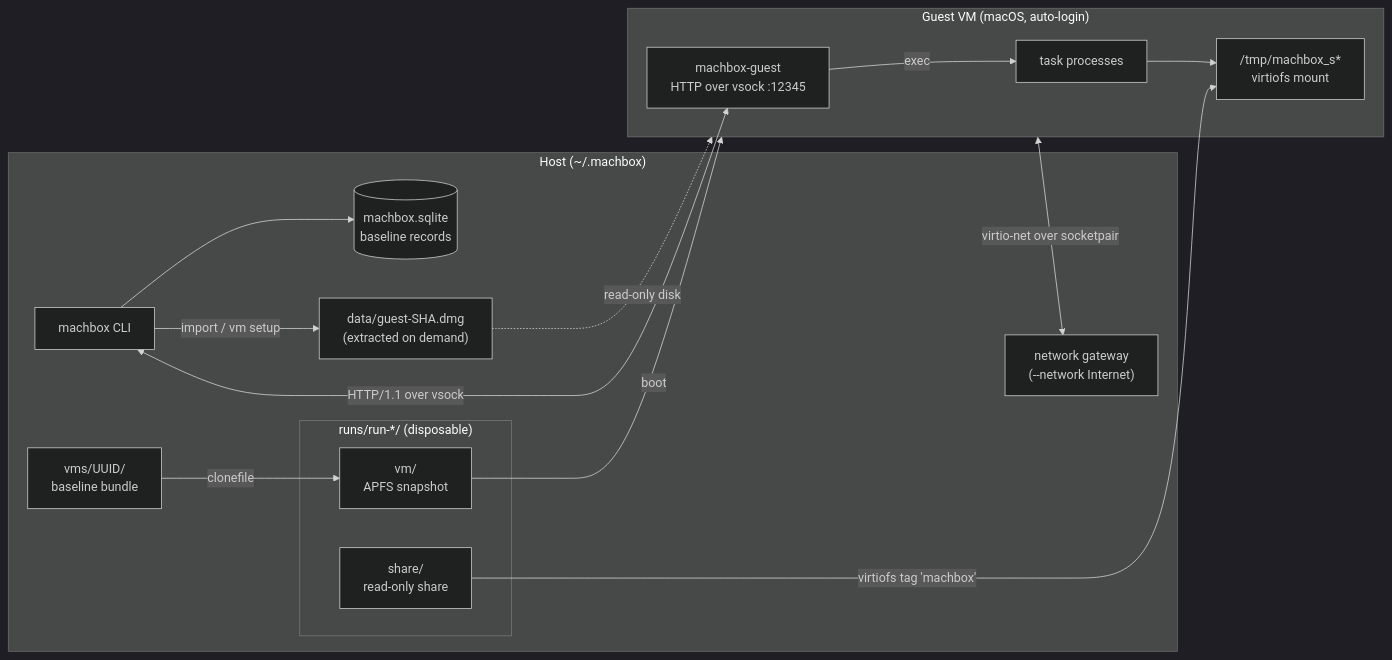
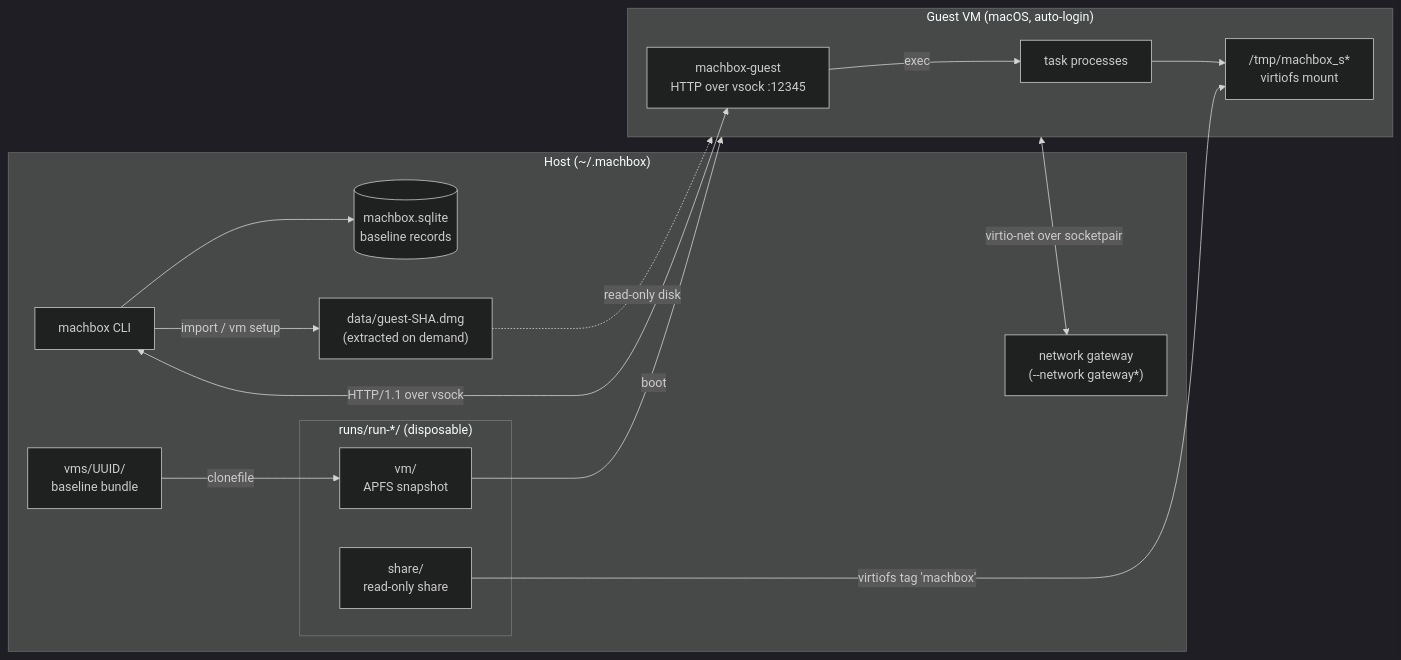
Before and after one commit to ac0d3r/machbox: the diagram in docs/architecture.md, drawn with Mermaid (dark theme). The commit also changed other lines of this file and 11 other files, not shown here.

First line of the commit message:
feat(network): nat, gateway and gateway-public modes, with --pcap

````diff
--- a/docs/architecture.md
+++ b/docs/architecture.md
@@ -10,31 +10,31 @@
 ```mermaid
 flowchart LR
     subgraph Host["Host (~/.machbox)"]
         CLI["machbox CLI"]
         DB[("machbox.sqlite<br>baseline records")]
         GuestDMG["data/guest-SHA.dmg<br>(extracted on demand)"]
         Baseline["vms/UUID/<br>baseline bundle"]
         subgraph Run["runs/run-*/ (disposable)"]
             Snap["vm/<br>APFS snapshot"]
             Share["share/<br>read-only share"]
         end
-        Gateway["network gateway<br>(--network Internet)"]
+        Gateway["network gateway<br>(--network gateway*)"]
     end
 
     subgraph Guest["Guest VM (macOS, auto-login)"]
         Agent["machbox-guest<br>HTTP over vsock :12345"]
         Proc["task processes"]
         Mount["/tmp/machbox_s*<br>virtiofs mount"]
     end
 
     CLI --> DB
     CLI -->|import / vm setup| GuestDMG
     GuestDMG -.->|read-only disk| Guest
     Baseline -->|clonefile| Snap
     Snap -->|boot| Guest
     Share -->|virtiofs tag 'machbox'| Mount
     CLI <-->|HTTP/1.1 over vsock| Agent
     Guest <-->|virtio-net over socketpair| Gateway
     Agent -->|exec| Proc
     Proc --> Mount
 ```
````
